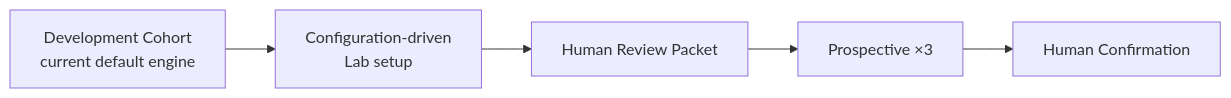
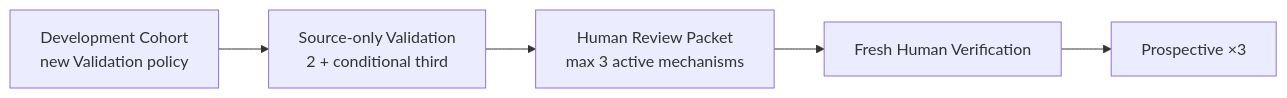
The fourth of 4 diagrams in docs/CODEBASE-GUIDE.md (momoponwork1415-lgtm/wordpress-harness), drawn with Mermaid before and after one commit. The commit also changed other lines of this file and 25 other files, not shown here.

Commit message:
Define source validation and human verification

````diff
--- a/docs/CODEBASE-GUIDE.md
+++ b/docs/CODEBASE-GUIDE.md
@@ -103,10 +103,10 @@
 ```mermaid
 flowchart LR
-    cohort["Development Cohort<br/>current default engine"]
-    setup["Configuration-driven<br/>Lab setup"]
-    review["Human Review Packet"]
+    cohort["Development Cohort<br/>new Validation policy"]
+    validation["Source-only Validation<br/>2 + conditional third"]
+    review["Human Review Packet<br/>max 3 active mechanisms"]
+    human["Fresh Human Verification"]
     prospective["Prospective ×3"]
-    confirmation["Human Confirmation"]
 
-    cohort --> setup --> review --> prospective --> confirmation
+    cohort --> validation --> review --> human --> prospective
 ```
````
